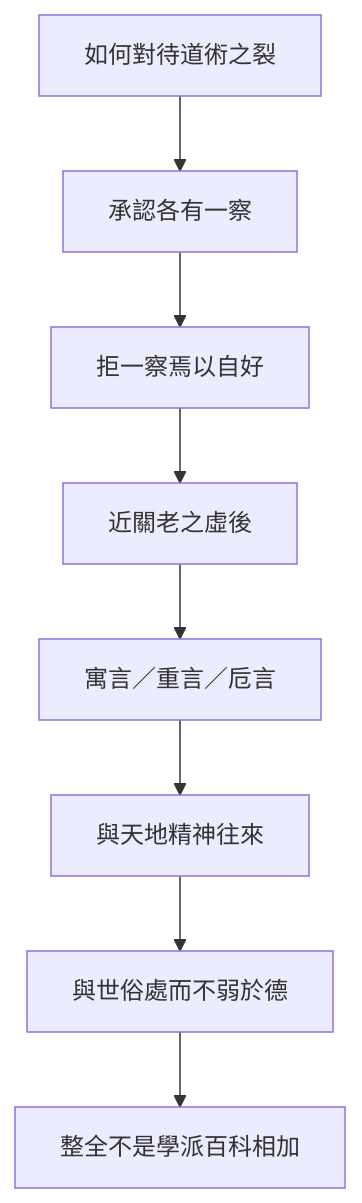
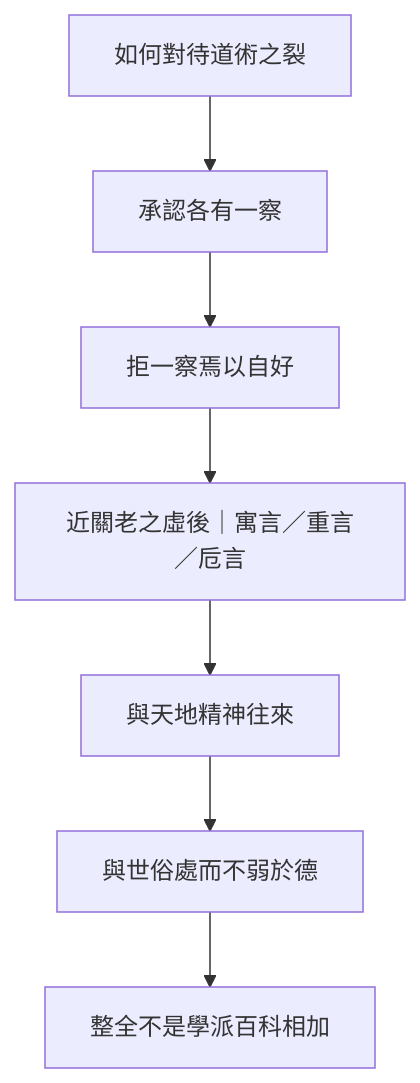
Before and after one commit to show0621/zhuangzi-atlas: the second of 2 diagrams in content/chapters/03-雜篇/33-天下.md, drawn with Mermaid. The commit also changed other lines of this file and 35 other files, not shown here.

First line of the commit message:
fix(print): 全書心智圖改單欄並獨頁放大

````diff
--- a/content/chapters/03-雜篇/33-天下.md
+++ b/content/chapters/03-雜篇/33-天下.md
@@ -332,10 +332,10 @@
 ```mermaid
 flowchart TB
-  Q[如何對待道術之裂] --> A[承認各有一察]
-  A --> B[拒一察焉以自好]
-  B --> C[近關老之虛後]
-  C --> D[寓言／重言／卮言]
-  D --> E[與天地精神往來]
-  E --> F[與世俗處而不弱於德]
-  F --> R[整全不是學派百科相加]
+  Q["如何對待道術之裂"]
+  Q --> A["承認各有一察"]
+  A --> B["拒一察焉以自好"]
+  B --> C["近關老之虛後｜寓言／重言／卮言"]
+  C --> E["與天地精神往來"]
+  E --> F["與世俗處而不弱於德"]
+  F --> R["整全不是學派百科相加"]
 ```
````
